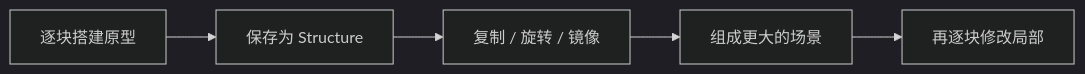
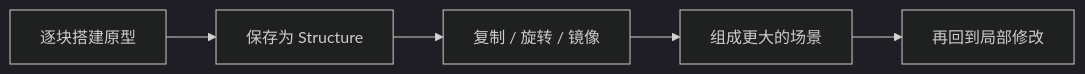
One commit to Dreamtowards/Thinking-In-Minecraft changed the first of 2 diagrams in docs/design/(part3)/creative-tools.mdx. Above: the diagram before and after it, drawn with Mermaid (dark theme). The commit also changed other lines of this file and 1 other file, not shown here.

````diff
--- a/docs/design/(part3)/creative-tools.mdx
+++ b/docs/design/(part3)/creative-tools.mdx
@@ -83,7 +87,7 @@
 ```mermaid
 flowchart LR
   A["逐块搭建原型"] --> B["保存为 Structure"]
   B --> C["复制 / 旋转 / 镜像"]
   C --> D["组成更大的场景"]
-  D --> E["再逐块修改局部"]
+  D --> E["再回到局部修改"]
 ```
````
